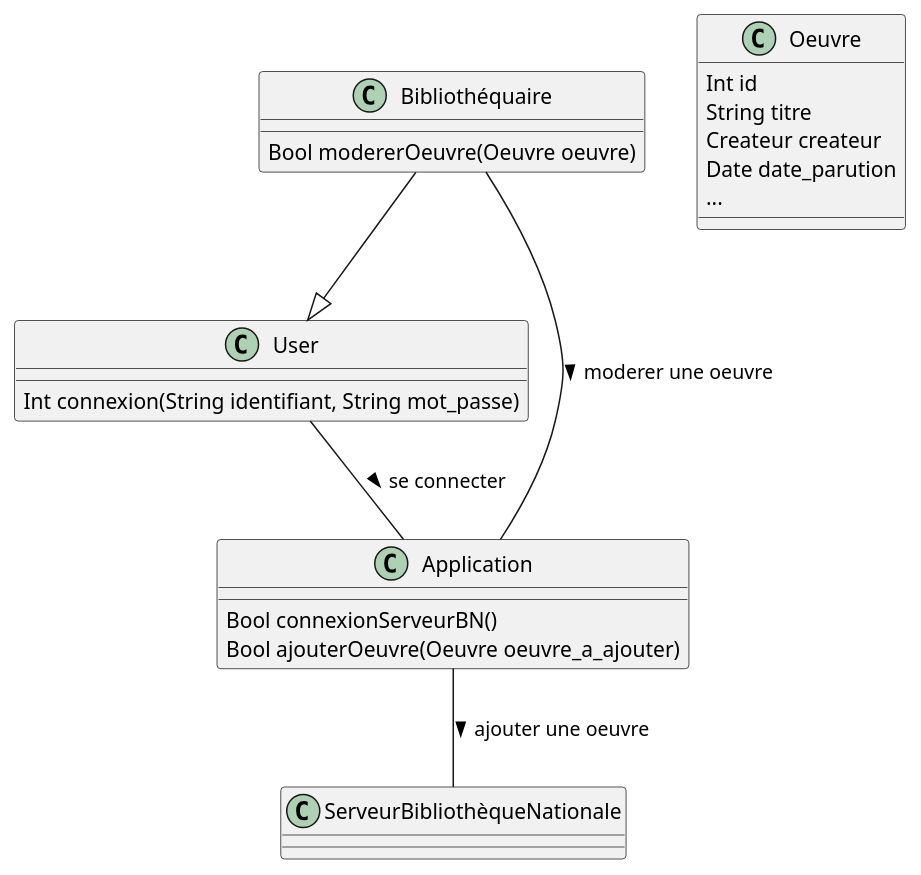
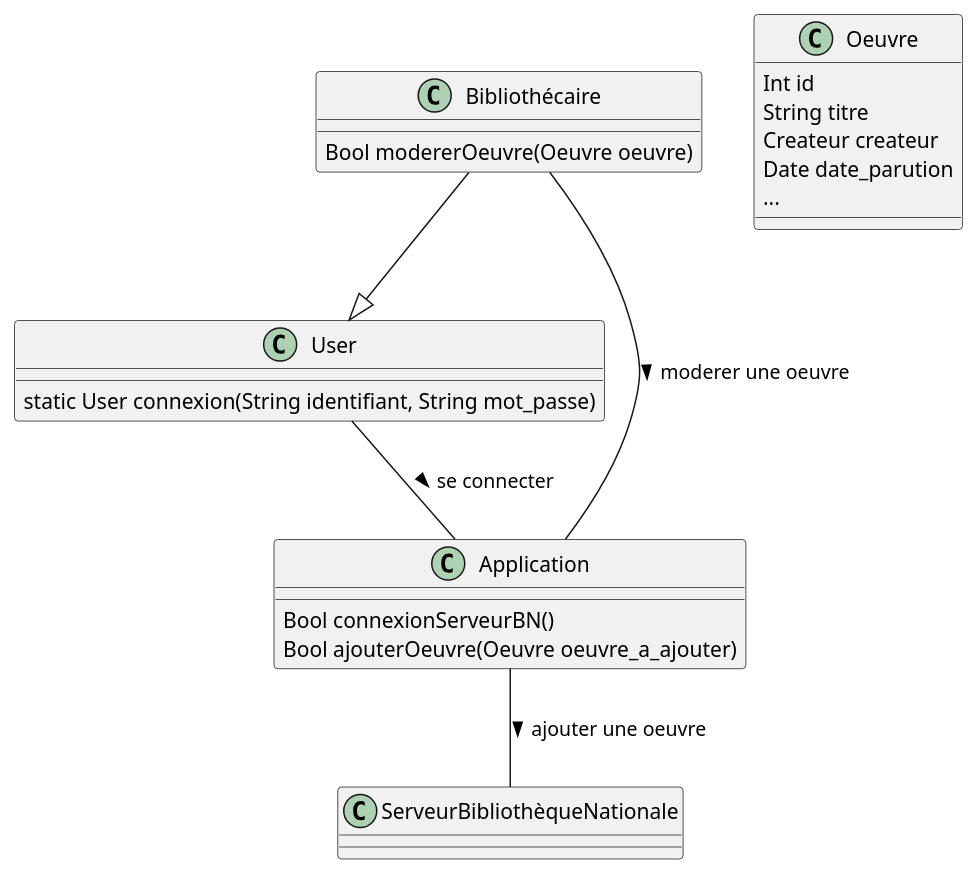
The diagram in scenarios/modererOeuvre/classe.puml (Anthony-Jhoiro/BibloDoc), drawn with PlantUML before and after one commit. The commit also changed 5 other files, not shown here.

Commit message:
ajout devenir bibliothécaire diagrammes

```diff
--- a/scenarios/modererOeuvre/classe.puml
+++ b/scenarios/modererOeuvre/classe.puml
@@ -1,27 +1,27 @@
 @startuml class
 
 class User {
-    Int connexion(String identifiant, String mot_passe)
+    static User connexion(String identifiant, String mot_passe)
 }
-class Bibliothéquaire {
+class Bibliothécaire {
     Bool modererOeuvre(Oeuvre oeuvre)
 }
 class Application {
     Bool connexionServeurBN()
     Bool ajouterOeuvre(Oeuvre oeuvre_a_ajouter)
 }
 class ServeurBibliothèqueNationale
 class Oeuvre {
     Int id
     String titre
     Createur createur
     Date date_parution
     ...
 }
 
-Bibliothéquaire --|> User
+Bibliothécaire --|> User
 User -- Application : se connecter >
-Bibliothéquaire -- Application : moderer une oeuvre >
+Bibliothécaire -- Application : moderer une oeuvre >
 Application -- ServeurBibliothèqueNationale : ajouter une oeuvre >
 
 @enduml
```
